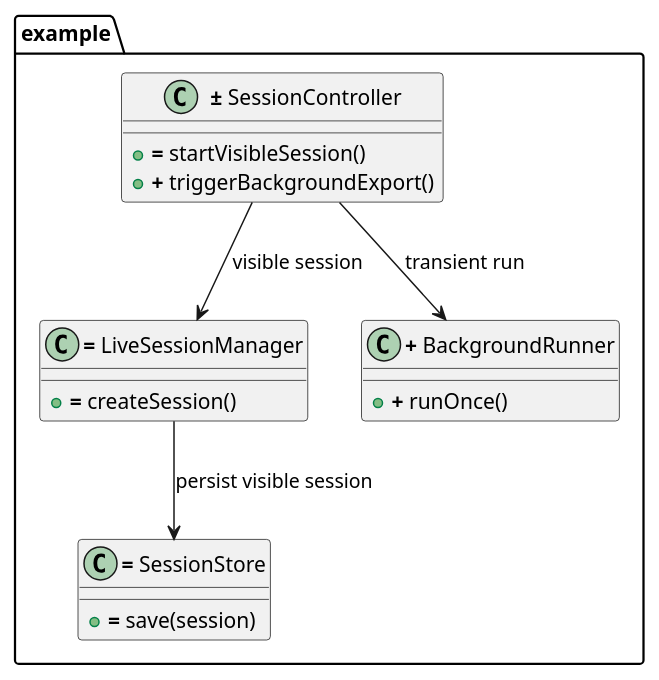
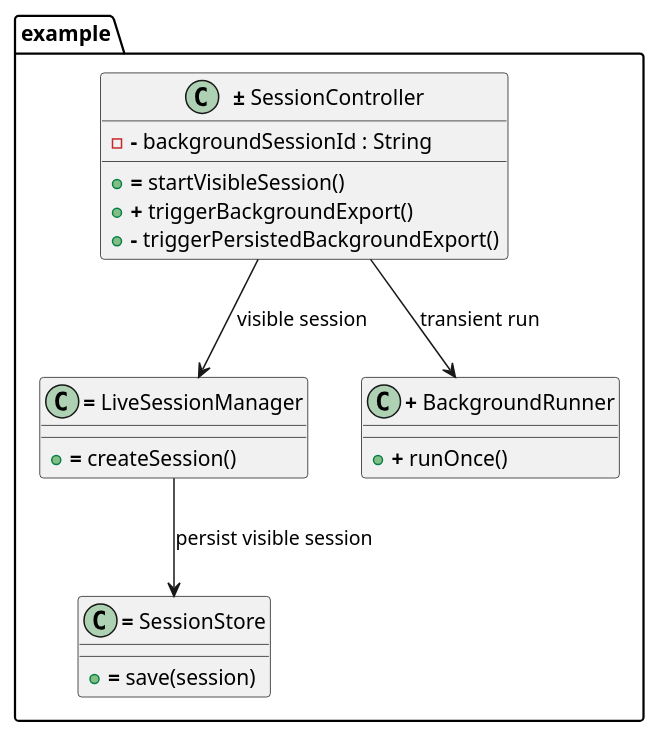
Before and after one commit to dpolivaev/spec-loop: the second of 4 diagrams in skills/spec-loop-prepare-execution-approval/examples/example-task-session-state-boundary.md, drawn with PlantUML. The commit also changed other lines of this file and 11 other files, not shown here.

````diff
--- a/skills/spec-loop-prepare-execution-approval/examples/example-task-session-state-boundary.md
+++ b/skills/spec-loop-prepare-execution-approval/examples/example-task-session-state-boundary.md
@@ -55,25 +62,27 @@
   ```plantuml
   @startuml
   set separator none
 
   package "example" {
     class "<plain>**±**</plain> SessionController" as SessionController {
       + <plain>**=**</plain> startVisibleSession()
       + <plain>**+**</plain> triggerBackgroundExport()
+      + <plain>**-**</plain> triggerPersistedBackgroundExport()
+      - <plain>**-**</plain> backgroundSessionId : String
     }
     class "<plain>**=**</plain> LiveSessionManager" as LiveSessionManager {
       + <plain>**=**</plain> createSession()
     }
     class "<plain>**+**</plain> BackgroundRunner" as BackgroundRunner {
       + <plain>**+**</plain> runOnce()
     }
     class "<plain>**=**</plain> SessionStore" as SessionStore {
       + <plain>**=**</plain> save(session)
     }
   }
 
   SessionController --> LiveSessionManager : visible session
   SessionController --> BackgroundRunner : transient run
   LiveSessionManager --> SessionStore : persist visible session
   @enduml
   ```
````
